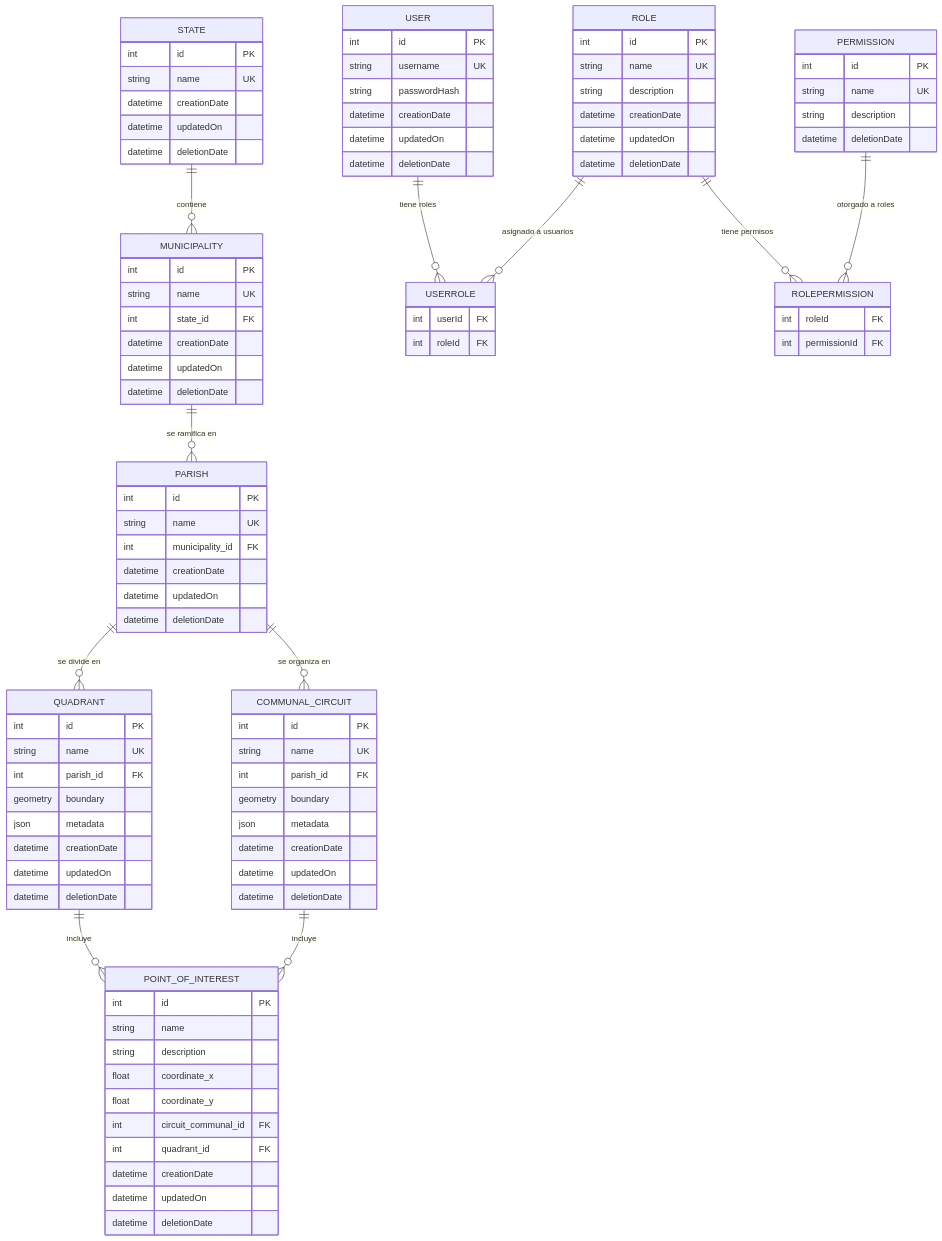
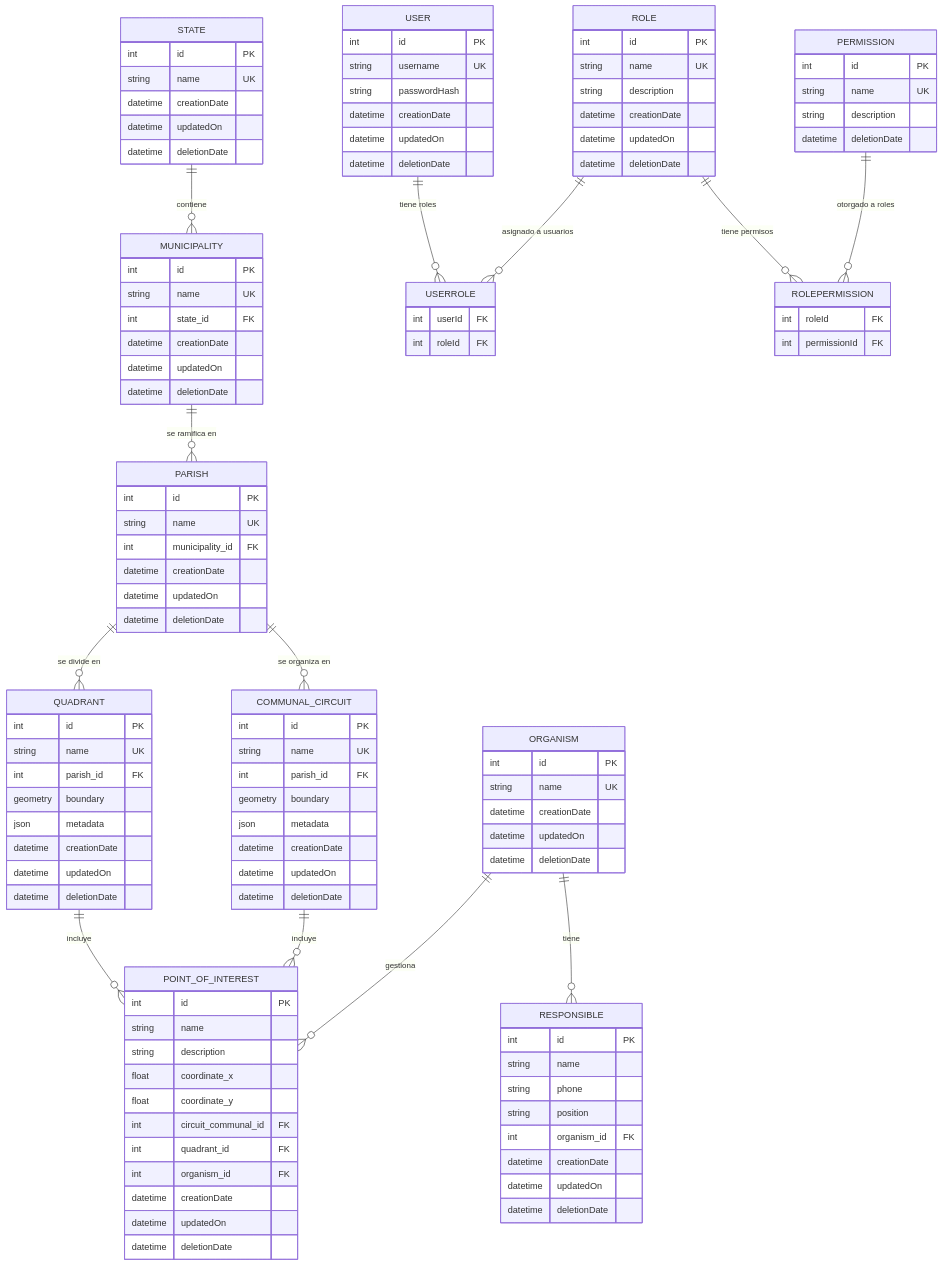
The diagram in backend/README.es.md (GGabrielDev/map-manager), drawn with Mermaid before and after one commit. The commit also changed other lines of this file and 1 other file, not shown here.

````diff
--- a/backend/README.es.md
+++ b/backend/README.es.md
@@ -317,6 +342,26 @@
         float coordinate_y
         int circuit_communal_id FK
         int quadrant_id FK
+        int organism_id FK
+        datetime creationDate
+        datetime updatedOn
+        datetime deletionDate
+    }
+
+    ORGANISM {
+        int id PK
+        string name UK
+        datetime creationDate
+        datetime updatedOn
+        datetime deletionDate
+    }
+
+    RESPONSIBLE {
+        int id PK
+        string name
+        string phone
+        string position
+        int organism_id FK
         datetime creationDate
         datetime updatedOn
         datetime deletionDate
@@ -347,4 +392,8 @@
     %% Relaciones de Puntos de Interés
     QUADRANT ||--o{ POINT_OF_INTEREST : "incluye"
     COMMUNAL_CIRCUIT ||--o{ POINT_OF_INTEREST : "incluye"
+    ORGANISM ||--o{ POINT_OF_INTEREST : "gestiona"
+
+    %% Relaciones de Organismo
+    ORGANISM ||--o{ RESPONSIBLE : "tiene"
 ```
````
